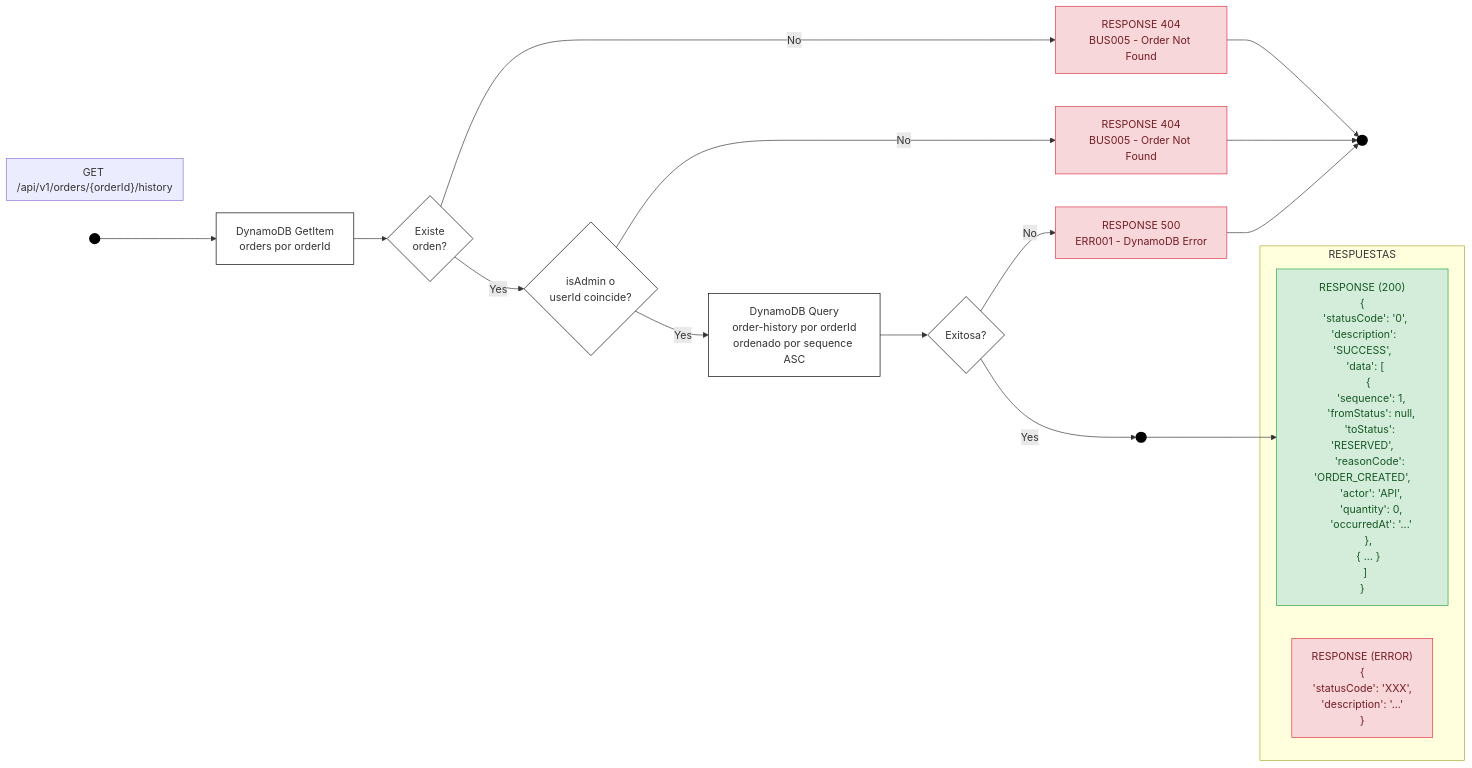
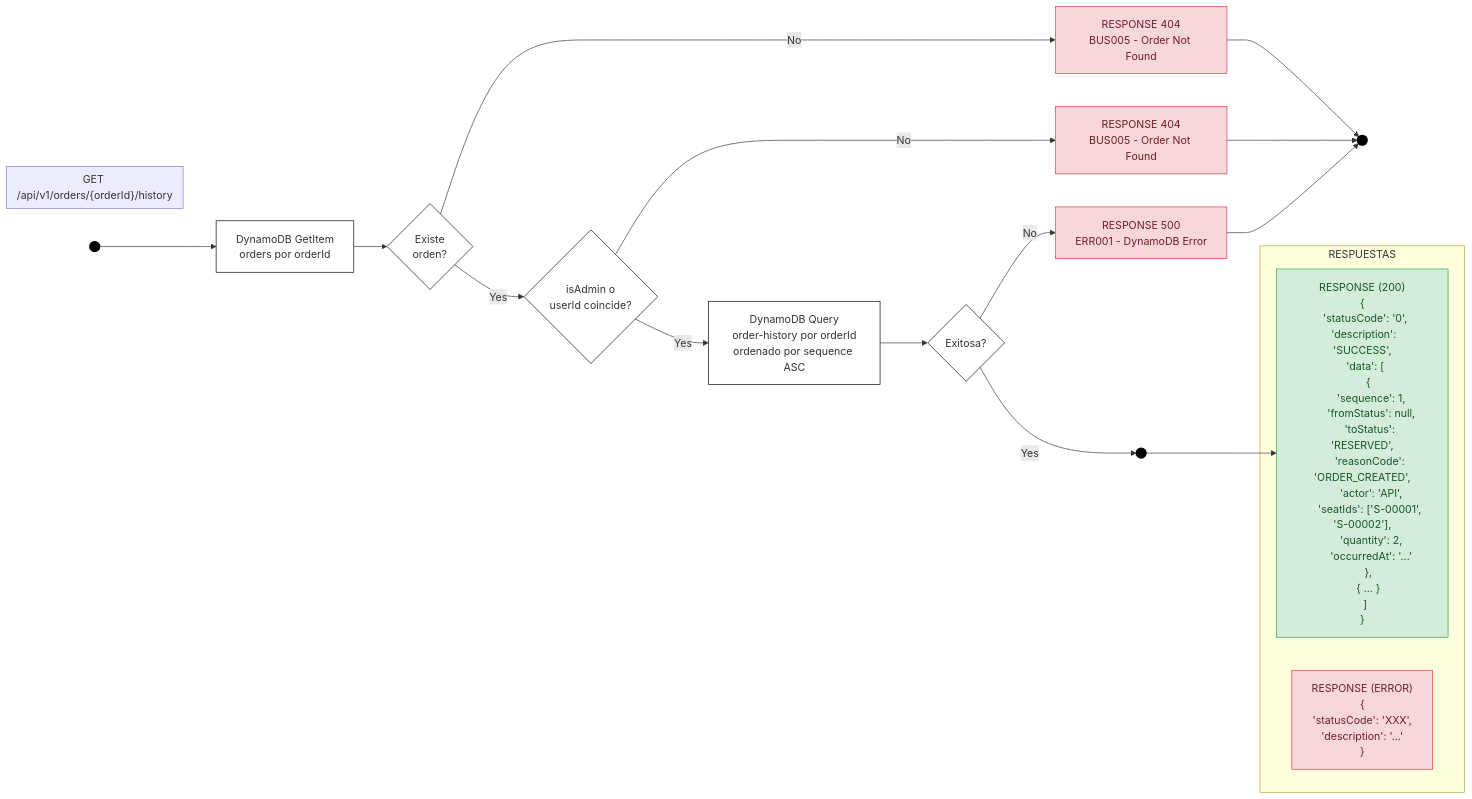
One commit to EstebanRCarmona/ticketing-Nequi changed the diagram in docs/diagramas-flujo/mermaid/09-get-order-history.md. Above: the diagram before and after it, drawn with Mermaid. The commit also changed 29 other files, not shown here.

Commit message:
docs: update ticketing flows and architecture

````diff
--- a/docs/diagramas-flujo/mermaid/09-get-order-history.md
+++ b/docs/diagramas-flujo/mermaid/09-get-order-history.md
@@ -1,42 +1,42 @@
 ```mermaid
 graph LR
     classDef start_end fill:#000,stroke:#000,color:#fff,stroke-width:2px;
     classDef process fill:#fff,stroke:#000,stroke-width:1px;
     classDef decision fill:#fff,stroke:#000,stroke-width:1px;
     classDef success fill:#d4edda,stroke:#28a745,stroke-width:1px,color:#155724;
     classDef error fill:#f8d7da,stroke:#dc3545,stroke-width:1px,color:#721c24;
 
     subgraph Header ["GET /api/v1/orders/{orderId}/history"]
         direction LR
     end
 
     Start(( )) --> BuscarOrden["DynamoDB GetItem<br/>orders por orderId"]
 
     BuscarOrden --> ExisteOrden{Existe<br/>orden?}
     ExisteOrden -- No --> R404[RESPONSE 404<br/>BUS005 - Order Not Found]
 
     ExisteOrden -- Yes --> ValidaAcceso{isAdmin o<br/>userId coincide?}
     ValidaAcceso -- No --> R404b[RESPONSE 404<br/>BUS005 - Order Not Found]
 
     ValidaAcceso -- Yes --> BuscarHistorial["DynamoDB Query<br/>order-history por orderId<br/>ordenado por sequence ASC"]
 
     BuscarHistorial --> Exitosa{Exitosa?}
     Exitosa -- No --> R500[RESPONSE 500<br/>ERR001 - DynamoDB Error]
     Exitosa -- Yes --> SuccessNode(( ))
     SuccessNode --> R200
 
     subgraph RESPONSES ["RESPUESTAS"]
-        R200["RESPONSE (200)<br/>{<br/>  'statusCode': '0',<br/>  'description': 'SUCCESS',<br/>  'data': [<br/>    {<br/>      'sequence': 1,<br/>      'fromStatus': null,<br/>      'toStatus': 'RESERVED',<br/>      'reasonCode': 'ORDER_CREATED',<br/>      'actor': 'API',<br/>      'quantity': 0,<br/>      'occurredAt': '...'<br/>    },<br/>    { ... }<br/>  ]<br/>}"]
+        R200["RESPONSE (200)<br/>{<br/>  'statusCode': '0',<br/>  'description': 'SUCCESS',<br/>  'data': [<br/>    {<br/>      'sequence': 1,<br/>      'fromStatus': null,<br/>      'toStatus': 'RESERVED',<br/>      'reasonCode': 'ORDER_CREATED',<br/>      'actor': 'API',<br/>      'seatIds': ['S-00001', 'S-00002'],<br/>      'quantity': 2,<br/>      'occurredAt': '...'<br/>    },<br/>    { ... }<br/>  ]<br/>}"]
         R_ERR["RESPONSE (ERROR)<br/>{<br/>  'statusCode': 'XXX',<br/>  'description': '...'<br/>}"]
     end
 
     R404 --> EndNode(( ))
     R404b --> EndNode
     R500 --> EndNode
 
     class Start,SuccessNode,EndNode start_end;
     class BuscarOrden,BuscarHistorial process;
     class ExisteOrden,ValidaAcceso,Exitosa decision;
     class R200 success;
     class R404,R404b,R500,R_ERR error;
 ```
````
